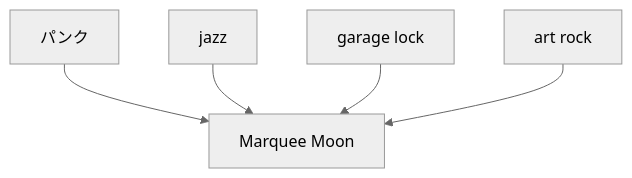
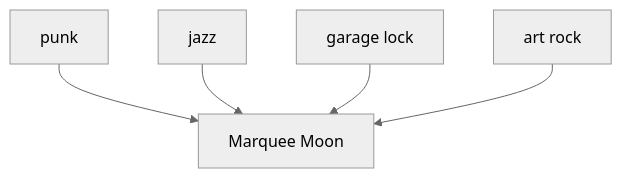
Diagram 19 of 20 in en/_posts/2026-07-02-column-influential-album-05.md (monumental-movement/monumental-movement.github.io), drawn with Mermaid (neutral theme) before and after one commit. The commit also changed other lines of this file and 851 other files, not shown here.

```diff
--- a/en/_posts/2026-07-02-column-influential-album-05.md
+++ b/en/_posts/2026-07-02-column-influential-album-05.md
@@ -2009,14 +2009,14 @@
 <div class="mermaid">
 flowchart TD
-A[パンク]
+A[punk]
 B[jazz]
 C[garage lock]
 D[art rock]
 E[Marquee Moon]
 
 A --> E
 B --> E
 C --> E
 D --> E
 
 </div>
```
